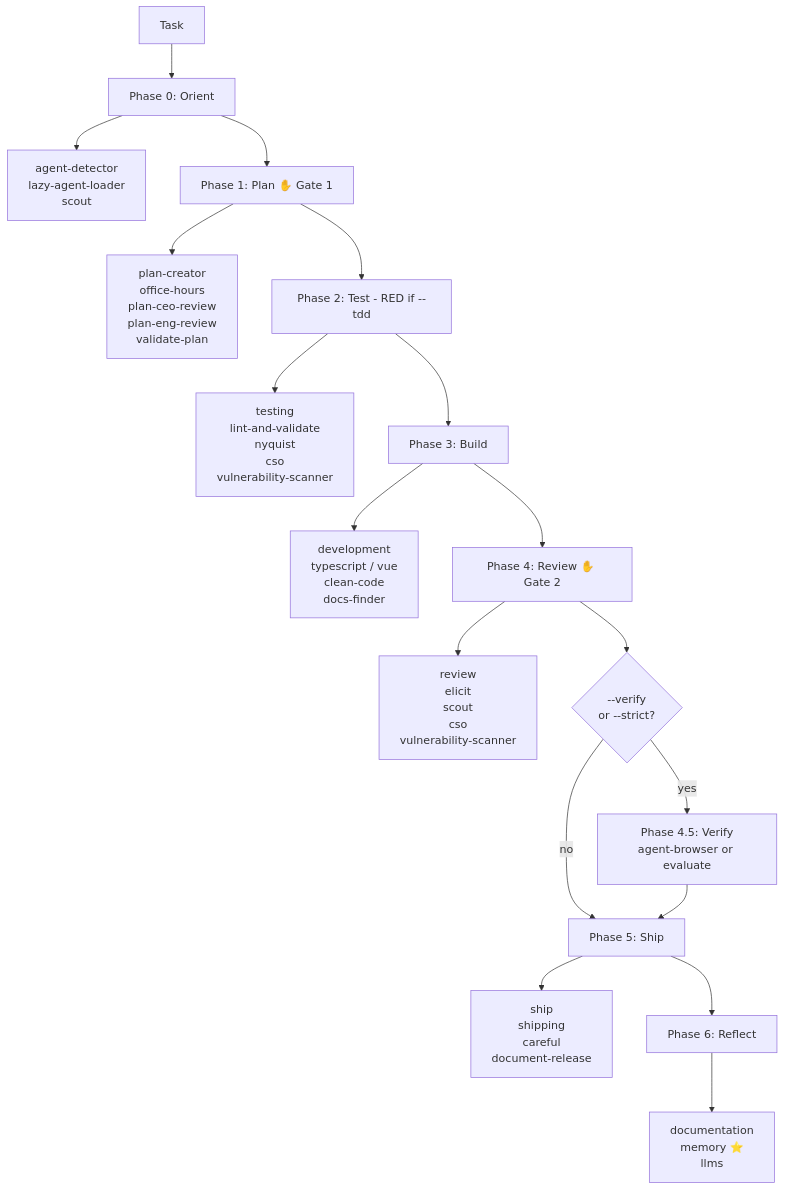
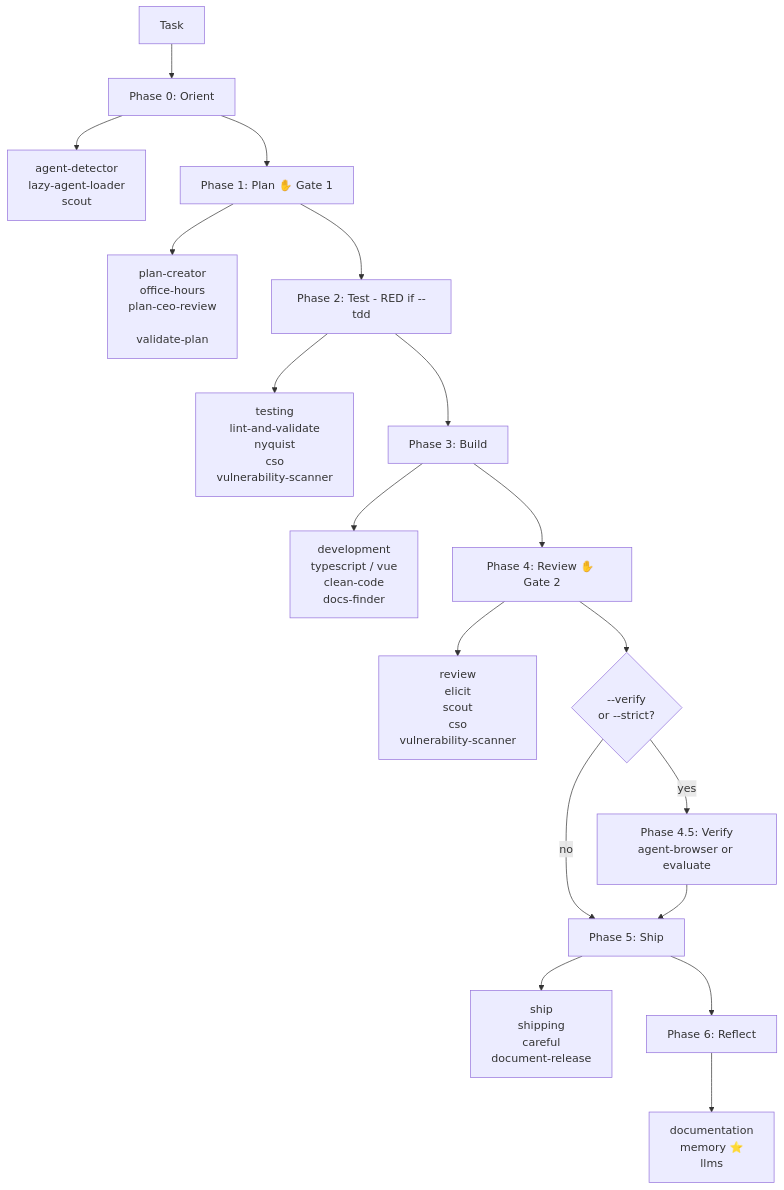
The diagram in website/guide/agent-skill-architecture.md (ngocsangyem/MeowKit), drawn with Mermaid before and after one commit. The commit also changed other lines of this file and 10 other files, not shown here.

Commit message:
refactor: remove plan-eng-review skill and consolidate references into plan-ceo-review

````diff
--- a/website/guide/agent-skill-architecture.md
+++ b/website/guide/agent-skill-architecture.md
@@ -101,26 +101,26 @@
 ```mermaid
 flowchart TD
     T[Task] --> P0[Phase 0: Orient]
     P0 --> S0[agent-detector\nlazy-agent-loader\nscout]
 
     P0 --> P1[Phase 1: Plan ✋ Gate 1]
-    P1 --> S1[plan-creator\noffice-hours\nplan-ceo-review\nplan-eng-review\nvalidate-plan]
+    P1 --> S1[plan-creator\noffice-hours\nplan-ceo-review\n\nvalidate-plan]
 
     P1 --> P2[Phase 2: Test - RED if --tdd]
     P2 --> S2[testing\nlint-and-validate\nnyquist\ncso\nvulnerability-scanner]
 
     P2 --> P3[Phase 3: Build]
     P3 --> S3[development\ntypescript / vue\nclean-code\ndocs-finder]
 
     P3 --> P4[Phase 4: Review ✋ Gate 2]
     P4 --> S4[review\nelicit\nscout\ncso\nvulnerability-scanner]
 
     P4 --> P45{--verify\nor --strict?}
     P45 -->|yes| V45[Phase 4.5: Verify\nagent-browser or evaluate]
     P45 -->|no| P5[Phase 5: Ship]
     V45 --> P5
     P5 --> S5[ship\nshipping\ncareful\ndocument-release]
 
     P5 --> P6[Phase 6: Reflect]
     P6 --> S6[documentation\nmemory ⭐\nllms]
 ```
````
